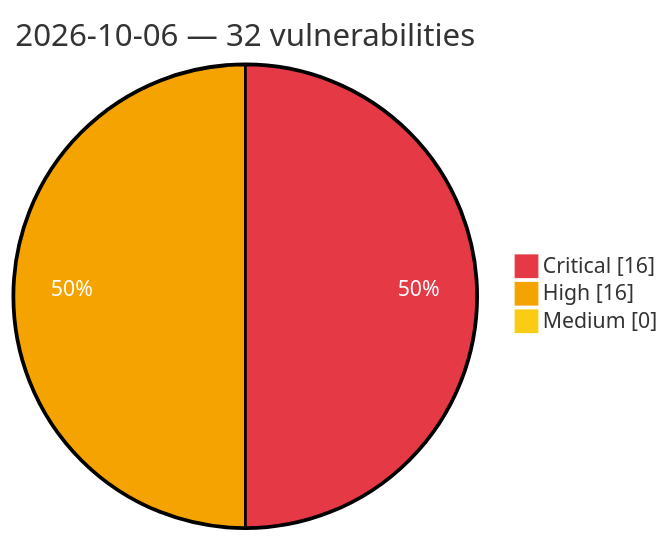
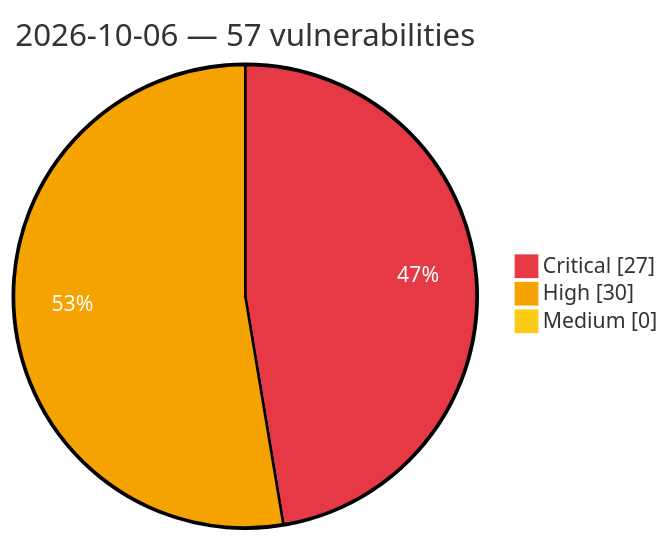
The diagram in vulnerabilities/2026/October/2026-10-06.md (GhostX0X/vuln-tracker), drawn with Mermaid before and after one commit. The commit also changed other lines of this file and 5 other files, not shown here.

Commit message:
Auto update: critical/high vulns (2026-10-06 19:41 UTC)

````diff
--- a/vulnerabilities/2026/October/2026-10-06.md
+++ b/vulnerabilities/2026/October/2026-10-06.md
@@ -3,8 +3,8 @@
 ```mermaid
 %%{init: {'theme':'base', 'themeVariables': {'pie1':'#e63946', 'pie2':'#f4a300', 'pie3':'#facc15', 'pieOpacity':'1', 'pieOuterStrokeWidth':'2px', 'pieSectionTextColor':'#ffffff'}}}%%
 pie showData
-    title 2026-10-06 — 32 vulnerabilities
-    "Critical" : 16
-    "High" : 16
+    title 2026-10-06 — 57 vulnerabilities
+    "Critical" : 27
+    "High" : 30
     "Medium" : 0
 ```
````
